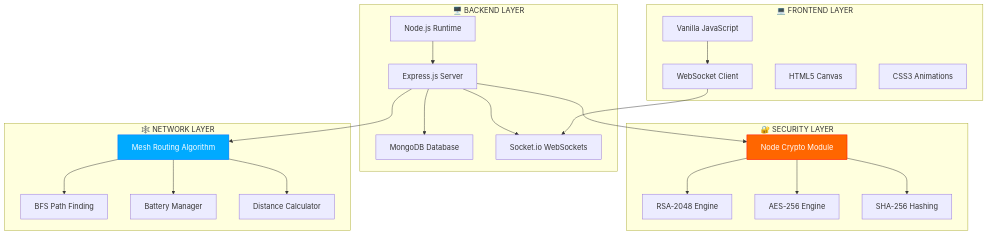
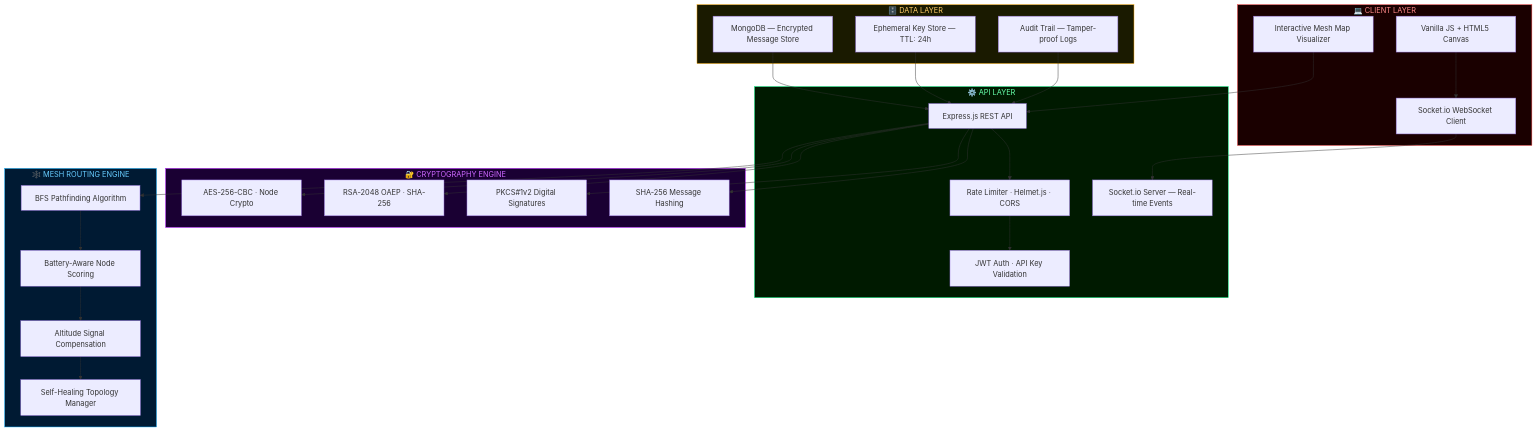
One commit to SiddharthKumar268/Shunya changed the third of 11 diagrams in README.md. Above: the diagram before and after it, drawn with Mermaid. The commit also changed other lines of this file, not shown here.

````diff
--- a/README.md
+++ b/README.md
@@ -341,47 +183,48 @@
 ```mermaid
 graph TB
-    subgraph "🖥️ BACKEND LAYER"
-        A[Node.js Runtime]
-        B[Express.js Server]
-        C[MongoDB Database]
-        D[Socket.io WebSockets]
+    subgraph CLIENT ["💻 CLIENT LAYER"]
+        UI["Vanilla JS + HTML5 Canvas"]
+        WS_C["Socket.io WebSocket Client"]
+        MAP["Interactive Mesh Map Visualizer"]
     end
-    
-    subgraph "🔐 SECURITY LAYER"
-        E[Node Crypto Module]
-        F[RSA-2048 Engine]
-        G[AES-256 Engine]
-        H[SHA-256 Hashing]
+
+    subgraph API ["⚙️ API LAYER"]
+        EXP["Express.js REST API"]
+        RATE["Rate Limiter · Helmet.js · CORS"]
+        JWT["JWT Auth · API Key Validation"]
+        SOCK["Socket.io Server — Real-time Events"]
     end
-    
-    subgraph "🕸️ NETWORK LAYER"
-        I[Mesh Routing Algorithm]
-        J[BFS Path Finding]
-        K[Battery Manager]
-        L[Distance Calculator]
+
+    subgraph CRYPTO ["🔐 CRYPTOGRAPHY ENGINE"]
+        AES["AES-256-CBC · Node Crypto"]
+        RSA["RSA-2048 OAEP · SHA-256"]
+        SIG["PKCS#1v2 Digital Signatures"]
+        HASH["SHA-256 Message Hashing"]
     end
-    
-    subgraph "💻 FRONTEND LAYER"
-        M[Vanilla JavaScript]
-        N[WebSocket Client]
-        O[HTML5 Canvas]
-        P[CSS3 Animations]
+
+    subgraph MESH ["🕸️ MESH ROUTING ENGINE"]
+        BFS["BFS Pathfinding Algorithm"]
+        BAT["Battery-Aware Node Scoring"]
+        ALT["Altitude Signal Compensation"]
+        HEAL["Self-Healing Topology Manager"]
     end
-    
-    A --> B
-    B --> C
-    B --> D
-    B --> E
-    E --> F
-    E --> G
-    E --> H
-    B --> I
-    I --> J
-    I --> K
-    I --> L
-    M --> N
-    N --> D
-    
-    style E fill:#ff6600,stroke:#ff0000,color:#fff
-    style I fill:#00aaff,stroke:#0066ff,color:#fff
+
+    subgraph DATA ["🗄️ DATA LAYER"]
+        MONGO["MongoDB — Encrypted Message Store"]
+        KEYS["Ephemeral Key Store — TTL: 24h"]
+        LOGS["Audit Trail — Tamper-proof Logs"]
+    end
+
+    UI --> WS_C --> SOCK
+    MAP --> EXP
+    EXP --> RATE --> JWT
+    EXP --> AES & RSA & SIG & HASH
+    EXP --> BFS --> BAT --> ALT --> HEAL
+    MONGO & KEYS & LOGS --> EXP
+
+    style CRYPTO fill:#1a0033,stroke:#aa00ff,color:#cc66ff
+    style MESH fill:#001a33,stroke:#00aaff,color:#66ccff
+    style API fill:#001a00,stroke:#00ff88,color:#66ffaa
+    style DATA fill:#1a1a00,stroke:#ffaa00,color:#ffcc66
+    style CLIENT fill:#1a0000,stroke:#ff4444,color:#ff8888
 ```
````
